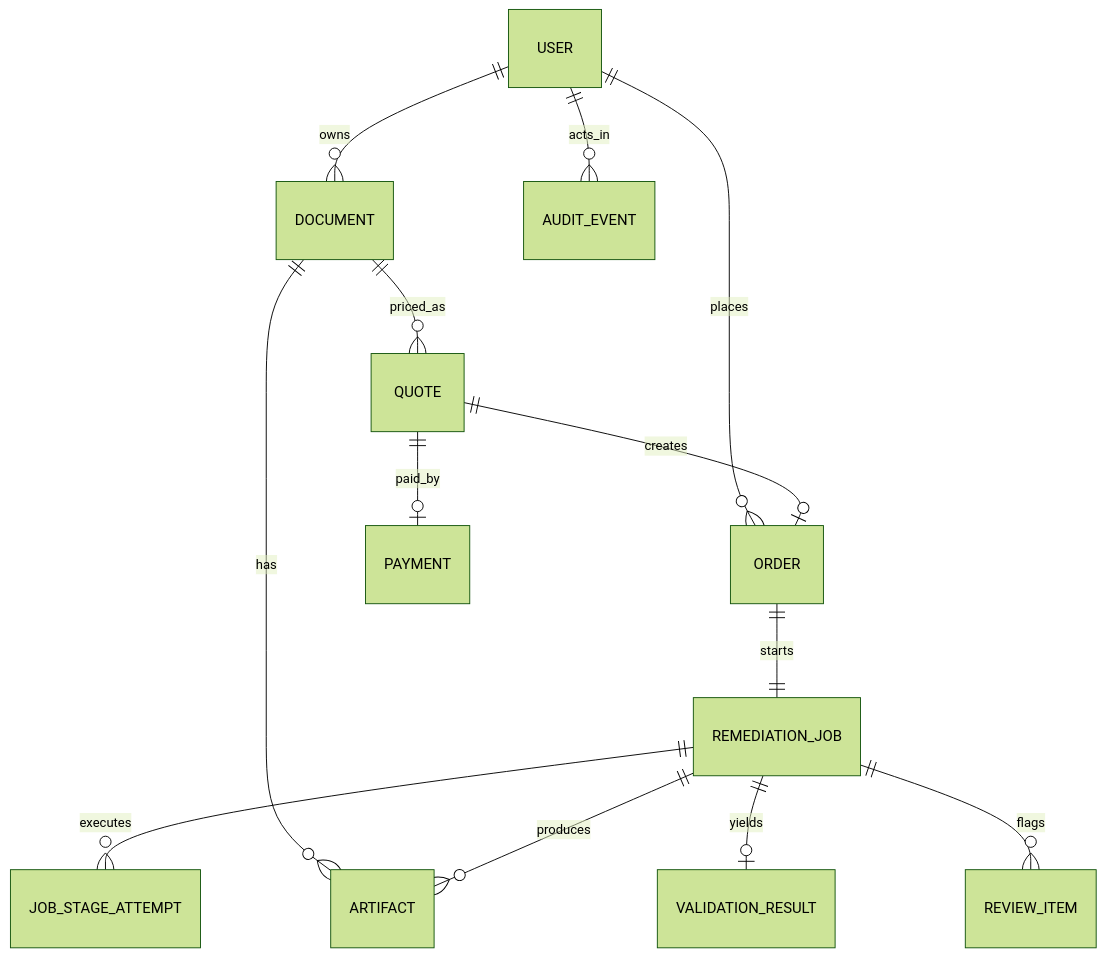
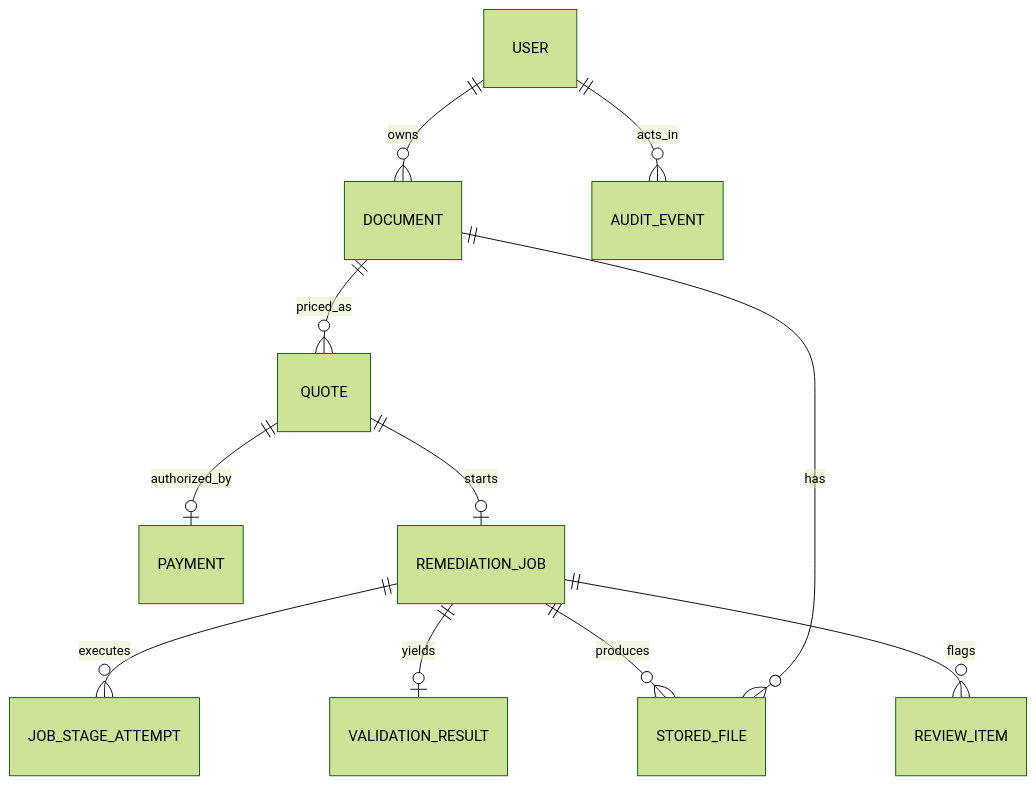
Before and after one commit to pints1ze/pdfremediation: the first of 2 diagrams in docs/PRD.md, drawn with Mermaid (forest theme). The commit also changed other lines of this file and 3 other files, not shown here.

````diff
--- a/docs/PRD.md
+++ b/docs/PRD.md
@@ -497,15 +531,13 @@
 ```mermaid
 erDiagram
     USER ||--o{ DOCUMENT : owns
-    USER ||--o{ ORDER : places
     DOCUMENT ||--o{ QUOTE : priced_as
-    QUOTE ||--o| PAYMENT : paid_by
-    QUOTE ||--o| ORDER : creates
-    ORDER ||--|| REMEDIATION_JOB : starts
+    QUOTE ||--o| PAYMENT : authorized_by
+    QUOTE ||--o| REMEDIATION_JOB : starts
     REMEDIATION_JOB ||--o{ JOB_STAGE_ATTEMPT : executes
-    DOCUMENT ||--o{ ARTIFACT : has
-    REMEDIATION_JOB ||--o{ ARTIFACT : produces
+    DOCUMENT ||--o{ STORED_FILE : has
+    REMEDIATION_JOB ||--o{ STORED_FILE : produces
     REMEDIATION_JOB ||--o| VALIDATION_RESULT : yields
     REMEDIATION_JOB ||--o{ REVIEW_ITEM : flags
     USER ||--o{ AUDIT_EVENT : acts_in
 ```
````
